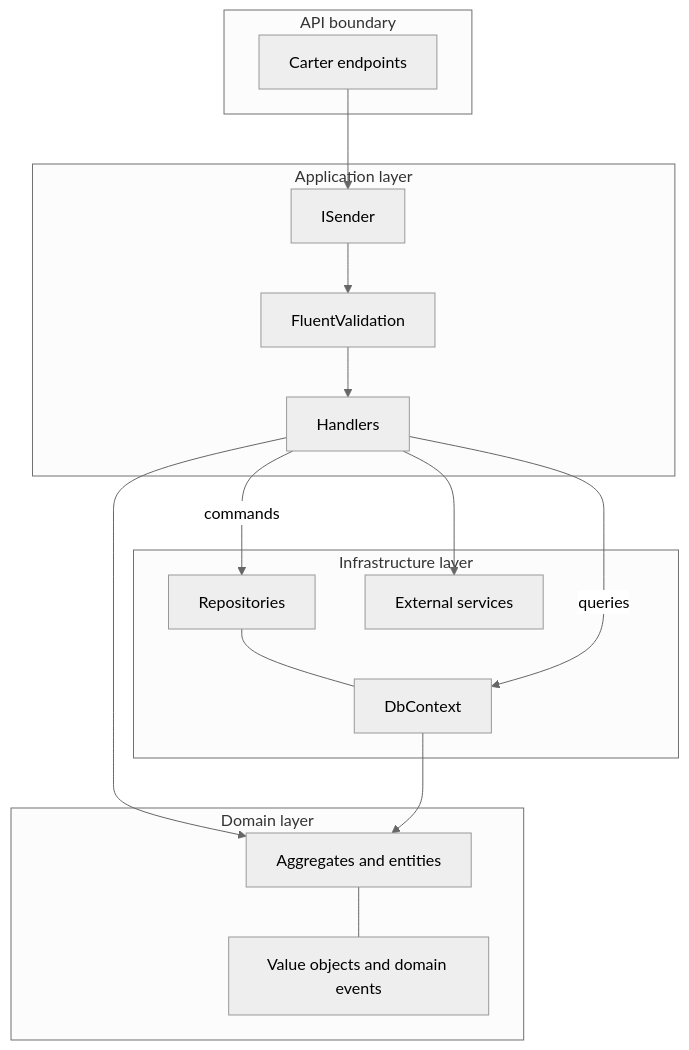
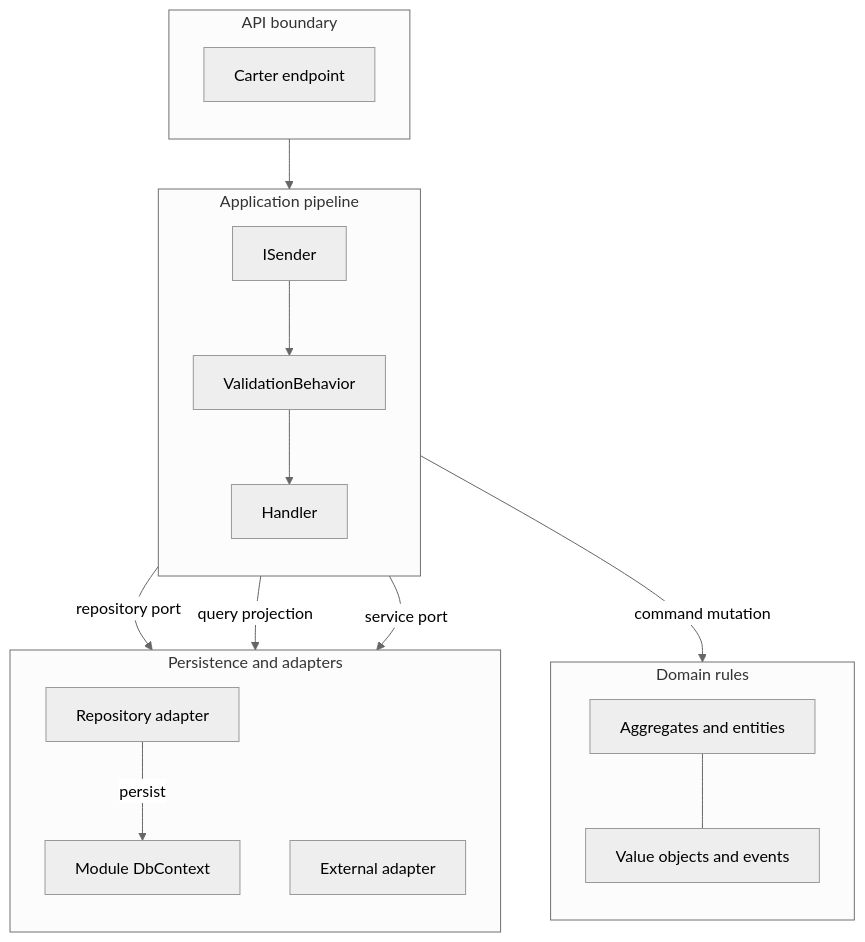
The first of 5 diagrams in wiki/Architecture/Overview.md (mhasabalah/StarterKit), drawn with Mermaid (neutral theme) before and after one commit. The commit also changed other lines of this file and 152 other files, not shown here.

Commit message:
feat(docs): add Fumadocs V2 and standardize diagrams

````diff
--- a/wiki/Architecture/Overview.md
+++ b/wiki/Architecture/Overview.md
@@ -31,22 +31,34 @@
 ```mermaid
 flowchart TB
+  accTitle: 2. Clean Architecture Layers
+  accDescr: Endpoints invoke handlers; commands use aggregates and repositories while queries project directly from the owning DbContext.
   subgraph API[API boundary]
-    C[Carter endpoints]
+    direction TB
+    C[Carter endpoint]
   end
-  subgraph Application[Application layer]
-    M[ISender] --> V[FluentValidation] --> H[Handlers]
+  subgraph Application[Application pipeline]
+    direction TB
+    M[ISender] --> V[ValidationBehavior]
+    V --> H[Handler]
   end
-  subgraph Domain[Domain layer]
-    A[Aggregates and entities] --- O[Value objects and domain events]
+  subgraph Domain[Domain rules]
+    direction TB
+    A[Aggregates and entities] --- O[Value objects and events]
   end
-  subgraph Infrastructure[Infrastructure layer]
-    R[Repositories] --- D[DbContext]
-    E[External services]
+  subgraph Infrastructure[Persistence and adapters]
+    direction TB
+    R[Repository adapter]
+    D[Module DbContext]
+    E[External adapter]
   end
   C --> M
-  H --> A
-  H -->|commands| R
-  H -->|queries| D
-  H --> E
-  D --> A
+  H -->|command mutation| A
+  H -->|repository port| R
+  H -->|query projection| D
+  H -->|service port| E
+  R -->|persist| D
+  class C api
+  class M,V,H application
+  class A,O domain
+  class R,D,E infrastructure
 ```
````
